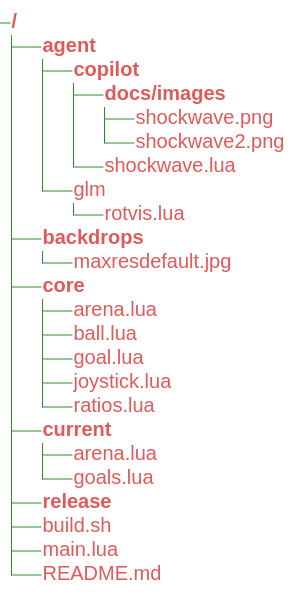
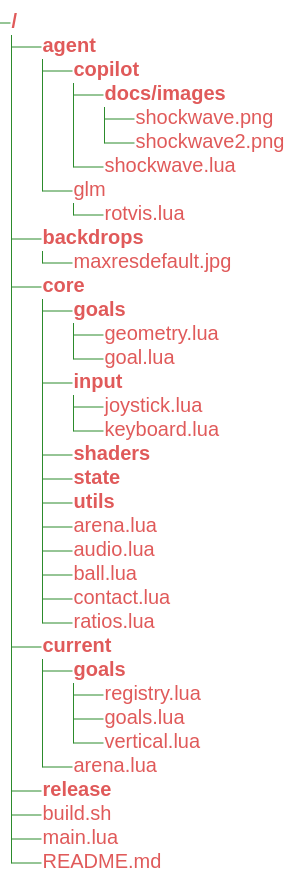
The third of 8 diagrams in README.md (entitycs/WaMBaM), drawn with Mermaid before and after one commit. The commit also changed other lines of this file and 13 other files, not shown here.

````diff
--- a/README.md
+++ b/README.md
@@ -141,39 +141,51 @@
 ```mermaid
 ---
 config:
     treeView:
         rowIndent: 30
         lineThickness: 1
         paddingX: 1
         paddingY: 1
     themeVariables:
         treeView:
             labelFontSize: '20px'
             labelColor: '#e05a5a'
             lineColor: '#2c8b2c'
 ---
 treeView-beta
     "agent/"
       "copilot/"
         "docs/images/"
           "shockwave.png"
           "shockwave2.png"
         "shockwave.lua"
       "glm"
         "rotvis.lua"
     "backdrops/"
       "maxresdefault.jpg"
     "core/"
+      "goals/"
+        "geometry.lua"
+        "goal.lua"
+      "input/"
+        "joystick.lua"
+        "keyboard.lua"
+      "shaders/"
+      "state/"
+      "utils/"
       "arena.lua"
+      "audio.lua"
       "ball.lua"
-      "goal.lua"
-      "joystick.lua"
+      "contact.lua"
       "ratios.lua"
     "current/"
+        "goals/"
+          "registry.lua"
+          "goals.lua"
+          "vertical.lua"
       "arena.lua"
-      "goals.lua"
     "release/"
     "build.sh"
     "main.lua"
     "README.md"
 ```
````
